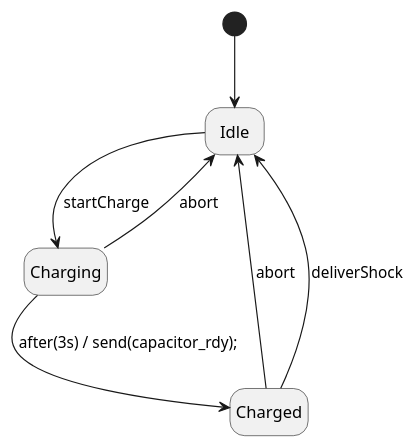
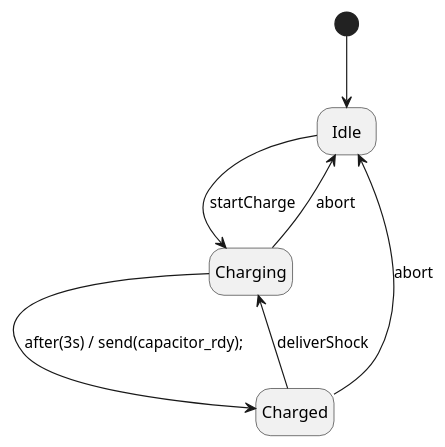
One commit to Pyponou/defibrillator changed the diagram in plantuml/capacitor_MAE.puml. Above: the diagram before and after it, drawn with PlantUML. The commit also changed 2 other files, not shown here.

Commit message:
Issue : impossible to send 2 shock in a row (cap not charging)

```diff
--- a/plantuml/capacitor_MAE.puml
+++ b/plantuml/capacitor_MAE.puml
@@ -1,9 +1,9 @@
 @startuml
 hide empty description
 [*] --> Idle
 Idle --> Charging : startCharge
 Charging --> Charged : after(3s) / send(capacitor_rdy);
 Charging --> Idle : abort
 Charged --> Idle : abort
-Charged --> Idle : deliverShock
+Charged --> Charging : deliverShock
 @enduml
```
